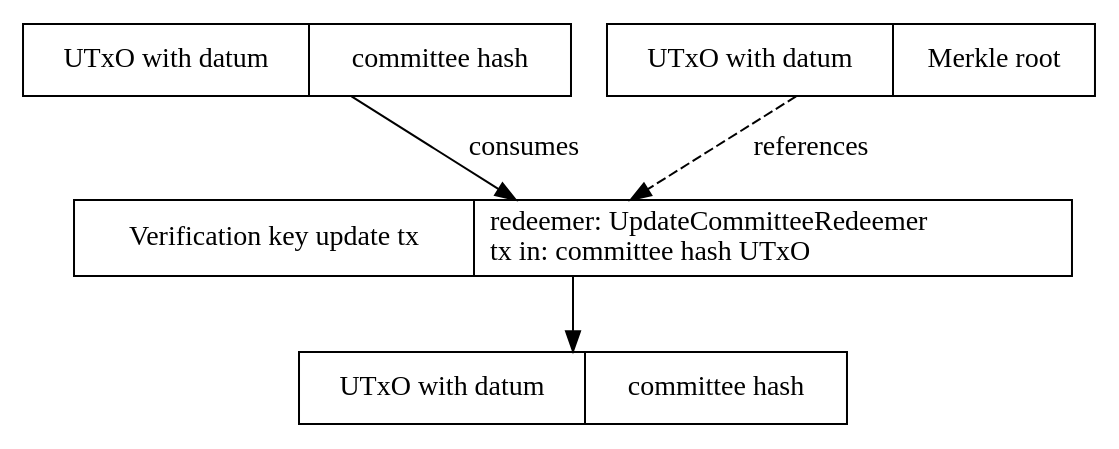
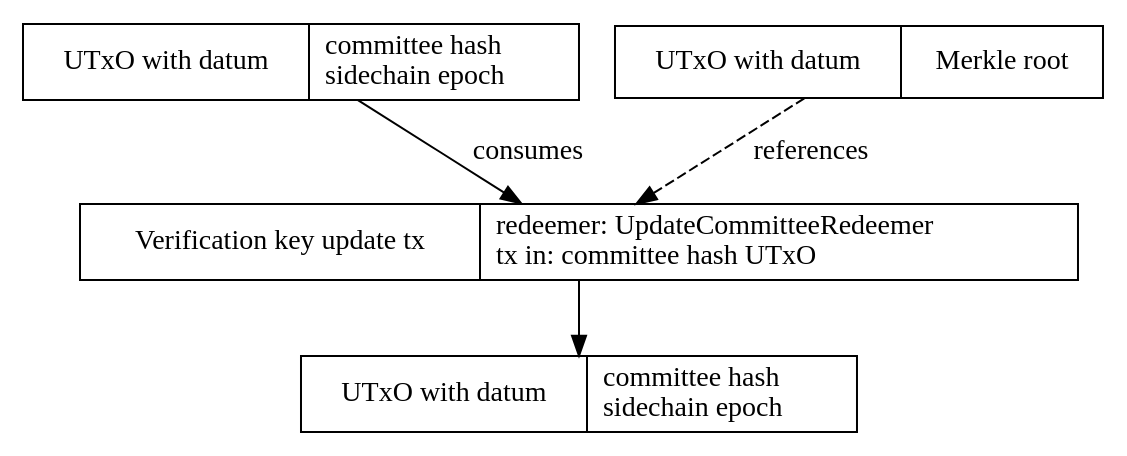
The diagram in docs/pubkeyupdate.dot (input-output-hk/partner-chains-smart-contracts), drawn with Graphviz before and after one commit. The commit also changed 2 other files, not shown here.

Commit message:
Use sidechain epoch in committee hash update datums to avoid replay attacks

```diff
--- a/docs/pubkeyupdate.dot
+++ b/docs/pubkeyupdate.dot
@@ -1,38 +1,28 @@
 strict digraph { 
   node [shape=record]
 
-//  pubKey [
-//    label = "UTxO with datum | ATMS verification key"
-//    ]
-
   pubKey [
-    label = "UTxO with datum | committee hash"
-    ]
+    label = "UTxO with datum |
+        committee hash\l
+        sidechain epoch\l
+    "]
 
   merkleRoot [
     label = "UTxO with datum | Merkle root"
     ]
 
-//  newPubKey [
-//    label = "UTxO with datum | ATMS verification key"
-//    ]
-
   newPubKey [
-    label = "UTxO with datum | committee hash"
-    ]
+    label = "UTxO with datum |
+        committee hash\l
+        sidechain epoch\l
+    "]
 
   tx [label = "Verification key update tx |
         redeemer: UpdateCommitteeRedeemer\l
         tx in: committee hash UTxO\l
       "]
 
-//  tx [label = "Verification key update tx |
-//        redeemer: signature\l
-//        tx in: ATMS vkey UTxO\l
-//      "]
-//
-
   merkleRoot -> tx [style = dashed, label = "references"]
   pubKey -> tx [label = "consumes"]
   tx -> newPubKey
 }
```
